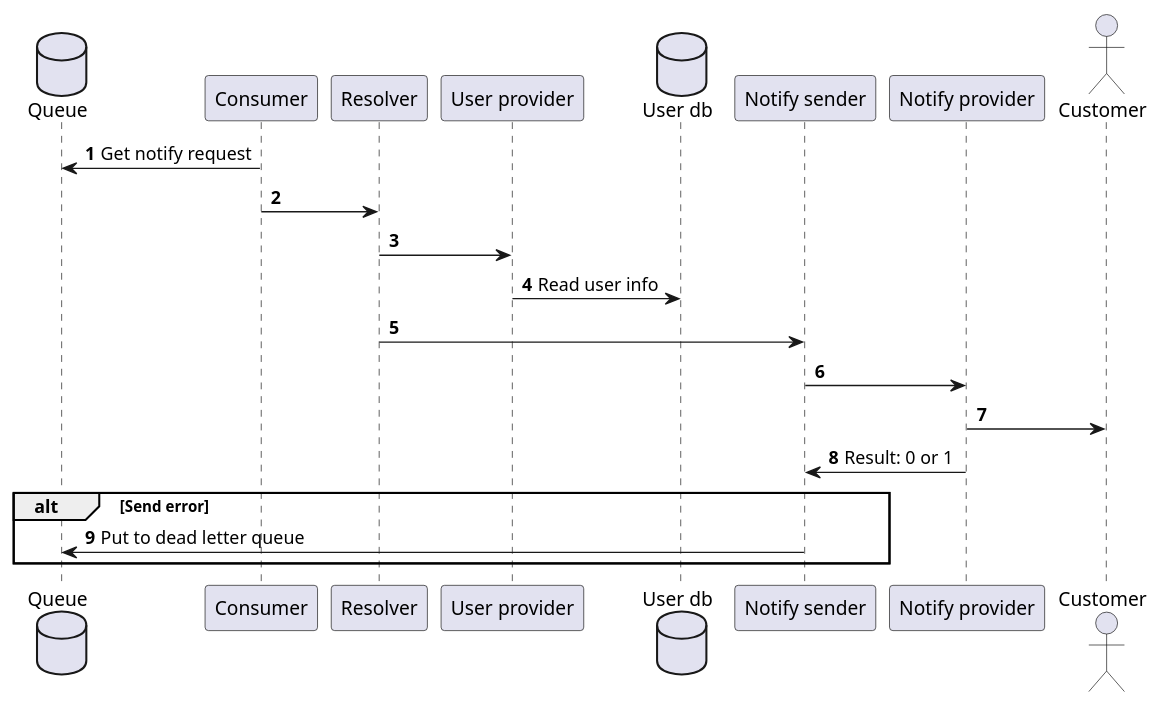
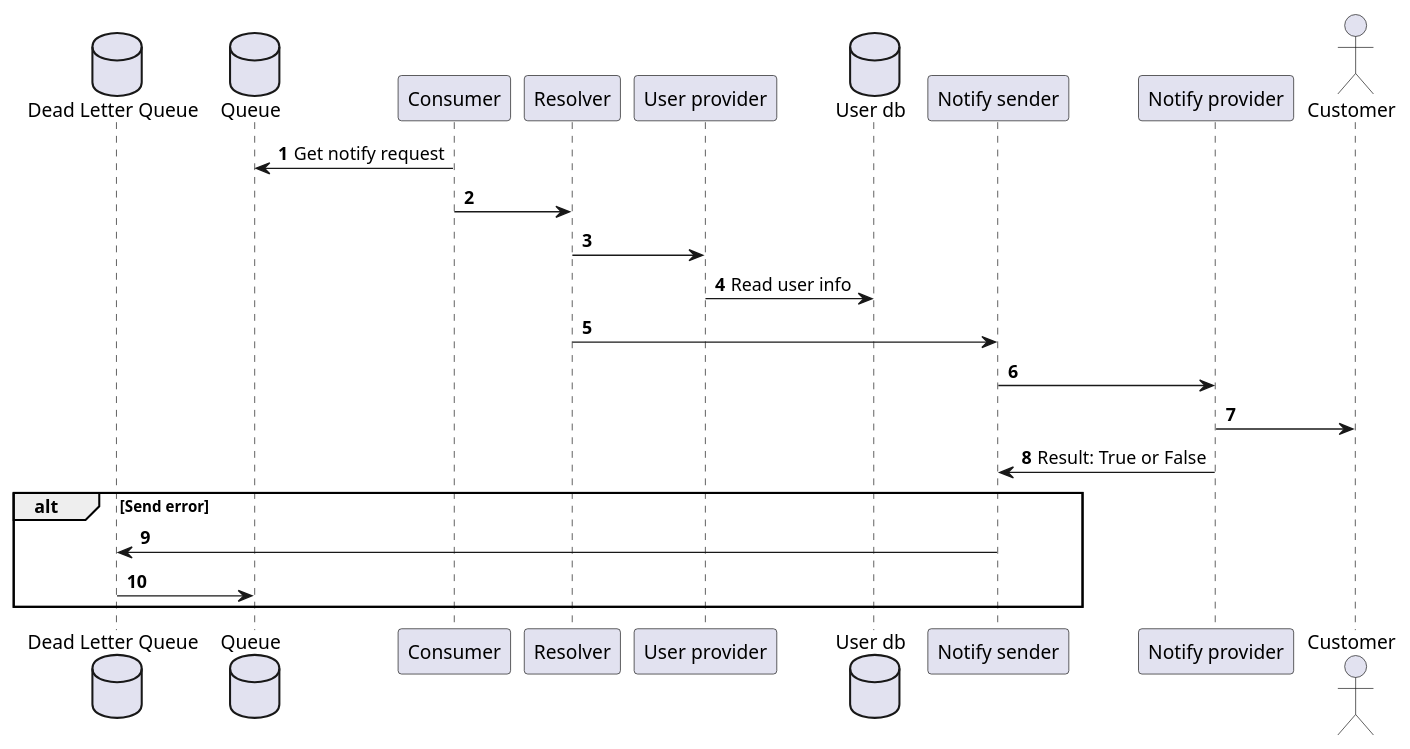
Before and after one commit to likeinlife-Yandex-Practicum/notification: the diagram in notification_service/diagram/notification_service_pipeline.puml, drawn with PlantUML. The commit also changed 18 other files, not shown here.

First line of the commit message:
reformat: diagrams

```diff
--- a/notification_service/diagram/notification_service_pipeline.puml
+++ b/notification_service/diagram/notification_service_pipeline.puml
@@ -1,36 +1,39 @@
-@startuml sequence
+@startuml notify_pipeline_code_level
 autonumber
 
-database query as "Queue"
+database dead_queue as "Dead Letter Queue"
+database queue as "Queue"
 participant consumer as "Consumer"
 participant resolver as "Resolver"
 
 participant user_provider as "User provider"
 database user_db as "User db"
 
 participant notify_sender as "Notify sender"
 participant notify_provider as "Notify provider"
 
 actor customer as "Customer"
 
-consumer -> query: Get notify request
+consumer -> queue: Get notify request
 
 consumer -> resolver
 
 resolver -> user_provider
 
 user_provider -> user_db: Read user info
 
 resolver -> notify_sender
 
 notify_sender -> notify_provider
 
 notify_provider -> customer
 
-notify_provider -> notify_sender: Result: 0 or 1
+notify_provider -> notify_sender: Result: True or False
 
 alt Send error
-    notify_sender -> query: Put to dead letter queue
+    notify_sender -> dead_queue
+    dead_queue -> queue
 end
 
+
 @enduml
```
